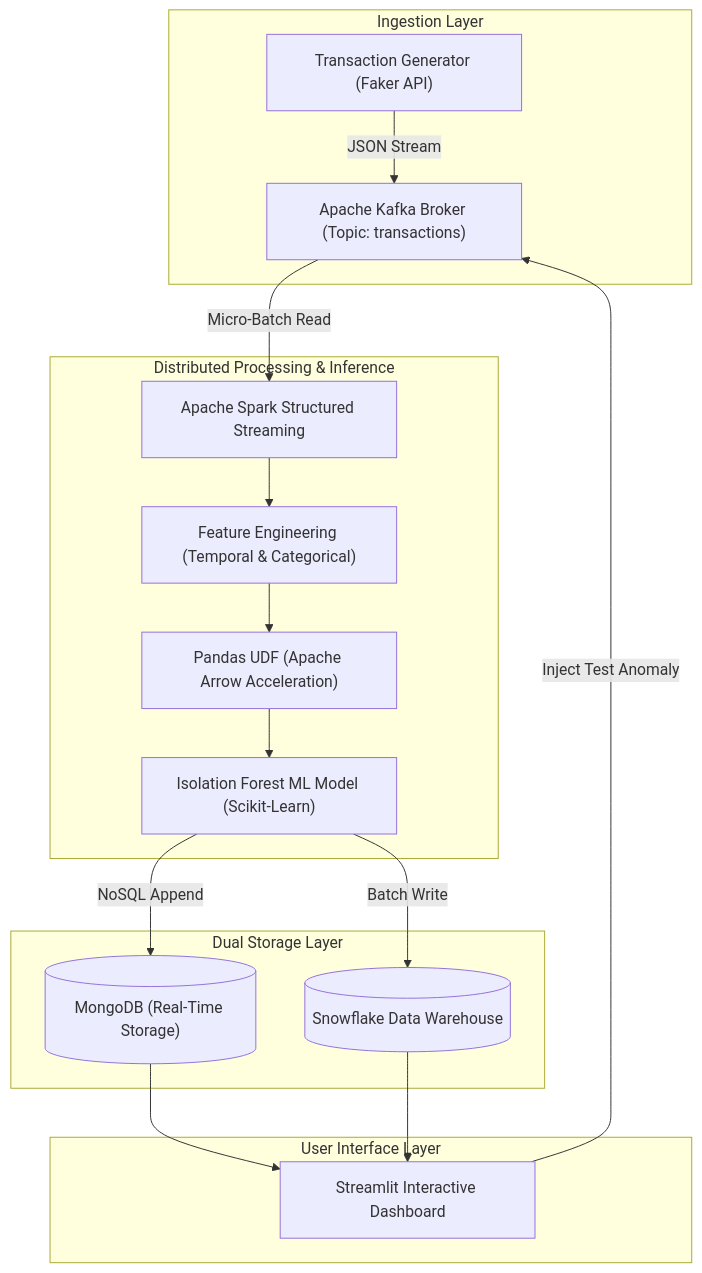
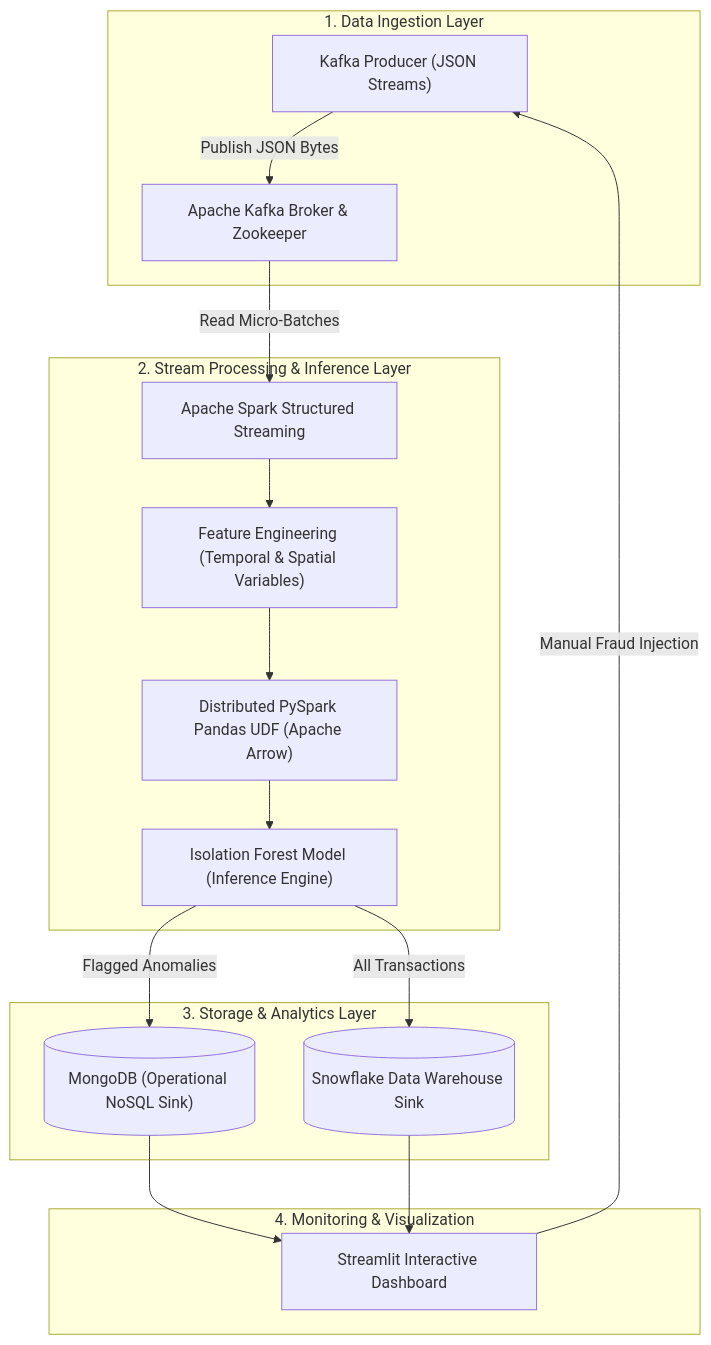
The diagram in README.md (Runa-Rameena/Credit-card-Anomaly-detection), drawn with Mermaid before and after one commit. The commit also changed other lines of this file and 1 other file, not shown here.

````diff
--- a/README.md
+++ b/README.md
@@ -43,24 +57,24 @@
 ```mermaid
 flowchart TD
-    subgraph Ingestion Layer
-        A["Transaction Generator (Faker API)"] -->|JSON Stream| B["Apache Kafka Broker (Topic: transactions)"]
+    subgraph Ingestion["1. Data Ingestion Layer"]
+        A["Kafka Producer (JSON Streams)"] -->|Publish JSON Bytes| B["Apache Kafka Broker & Zookeeper"]
     end
 
-    subgraph Distributed Processing & Inference
-        B -->|Micro-Batch Read| C["Apache Spark Structured Streaming"]
-        C --> D["Feature Engineering (Temporal & Categorical)"]
-        D --> E["Pandas UDF (Apache Arrow Acceleration)"]
-        E --> F["Isolation Forest ML Model (Scikit-Learn)"]
+    subgraph Processing["2. Stream Processing & Inference Layer"]
+        B -->|Read Micro-Batches| C["Apache Spark Structured Streaming"]
+        C --> D["Feature Engineering (Temporal & Spatial Variables)"]
+        D --> E["Distributed PySpark Pandas UDF (Apache Arrow)"]
+        E --> F["Isolation Forest Model (Inference Engine)"]
     end
 
-    subgraph Dual Storage Layer
-        F -->|NoSQL Append| G[("MongoDB (Real-Time Storage)")]
-        F -->|Batch Write| H[("Snowflake Data Warehouse")]
+    subgraph Storage["3. Storage & Analytics Layer"]
+        F -->|Flagged Anomalies| G[("MongoDB (Operational NoSQL Sink)")]
+        F -->|All Transactions| H[("Snowflake Data Warehouse Sink")]
     end
 
-    subgraph User Interface Layer
+    subgraph Monitoring["4. Monitoring & Visualization"]
         G --> I["Streamlit Interactive Dashboard"]
         H --> I
-        I -->|Inject Test Anomaly| B
+        I -->|Manual Fraud Injection| A
     end
 ```
````
